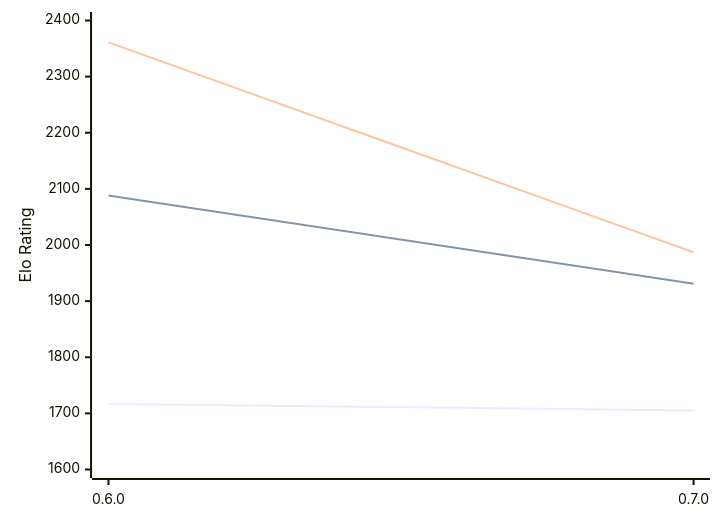
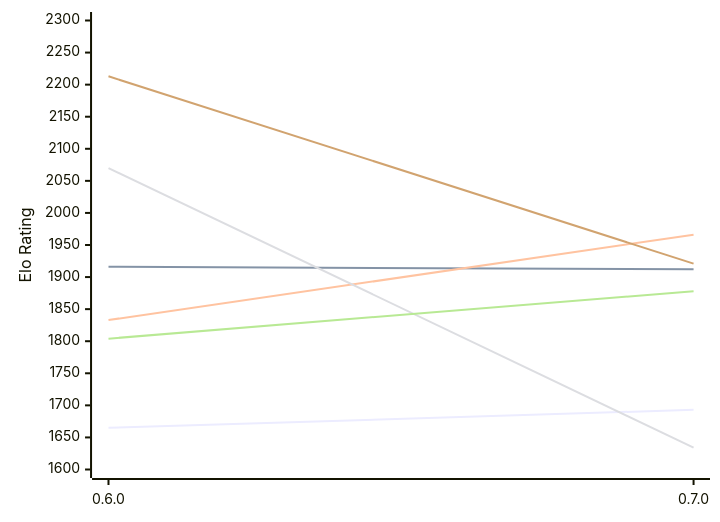
One commit to computer-chess-index/cci changed the first of 2 diagrams in engines/Chess-rs.md. Above: the diagram before and after it, drawn with Mermaid. The commit also changed other lines of this file, not shown here.

Commit message:
Update CCI Ratings (ELO VLTC) - 2026-11-13

````diff
--- a/engines/Chess-rs.md
+++ b/engines/Chess-rs.md
@@ -51,12 +51,12 @@
 ```mermaid
 %%{init: {"theme":"base","themeVariables":{"seriesColors:['#a3a3a3','#222221','#faa371']}}}%%
 xychart-beta
   x-axis ["0.6.0", "0.7.0"]
-  y-axis "Elo Rating" 1600 --> 2400
-  line "E1: STC (8.0+0.08s)" [1717, 1705]
-  line "E1: LTC (60.0+0.60s)" [2088, 1931]
-  line "E1: VLTC (2m24s+1.12s)" [2361, 1987]
-  line "P1: STC (8.0+0.08s)" [1681]
-  line "P1: LTC (60.0+0.60s)" [1962]
-  line "P1: VLTC (2m24s+1.12s)" [2018]
+  y-axis "Elo Rating" 1600 --> 2300
+  line "E1: STC (8.0+0.08s)" [1665, 1693]
+  line "E1: LTC (60.0+0.60s)" [1916, 1912]
+  line "E1: VLTC (2m24s+1.12s)" [1833, 1966]
+  line "P1: STC (8.0+0.08s)" [2070, 1634]
+  line "P1: LTC (60.0+0.60s)" [1804, 1878]
+  line "P1: VLTC (2m24s+1.12s)" [2213, 1921]
 ```
````
